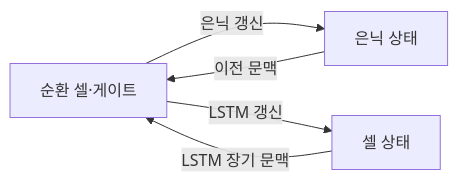
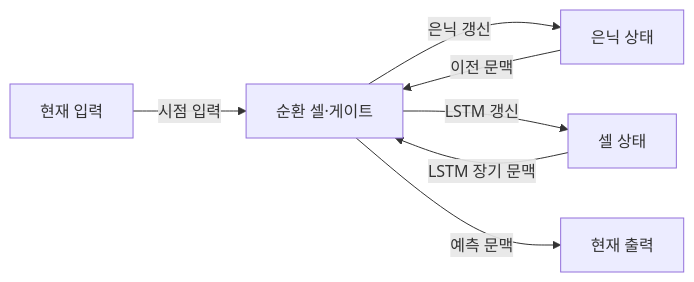
The diagram in src/content/docs/notes/01-basic-theory/044_rnn.md (agnusdei1207/knowledge-base), drawn with Mermaid before and after one commit. The commit also changed other lines of this file and 6 other files, not shown here.

````diff
--- a/src/content/docs/notes/01-basic-theory/044_rnn.md
+++ b/src/content/docs/notes/01-basic-theory/044_rnn.md
@@ -57,10 +57,14 @@
 ```mermaid
 flowchart LR
+    X[현재 입력]
     R[순환 셀·게이트]
     H[은닉 상태]
     C[셀 상태]
+    O[현재 출력]
+    X -->|시점 입력| R
     H -->|이전 문맥| R
     R -->|은닉 갱신| H
     C -->|LSTM 장기 문맥| R
     R -->|LSTM 갱신| C
+    R -->|예측 문맥| O
 ```
````
